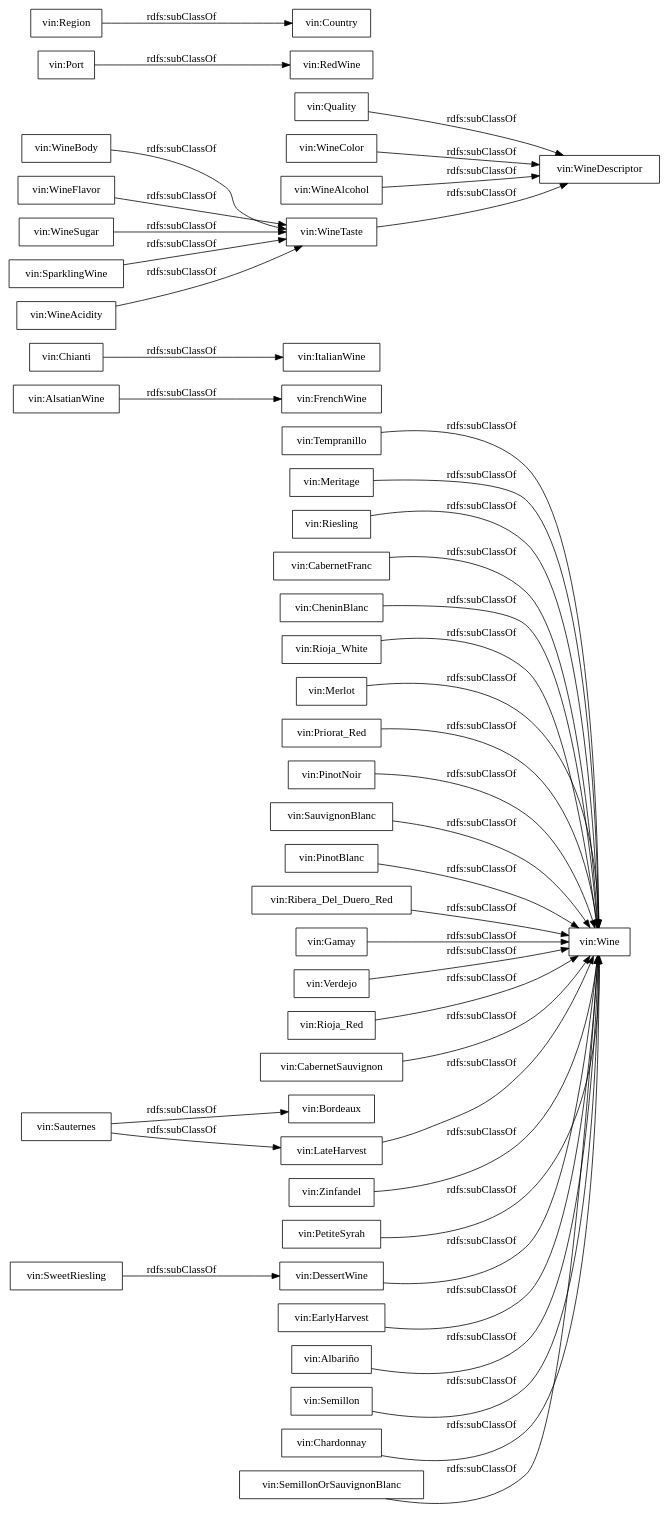
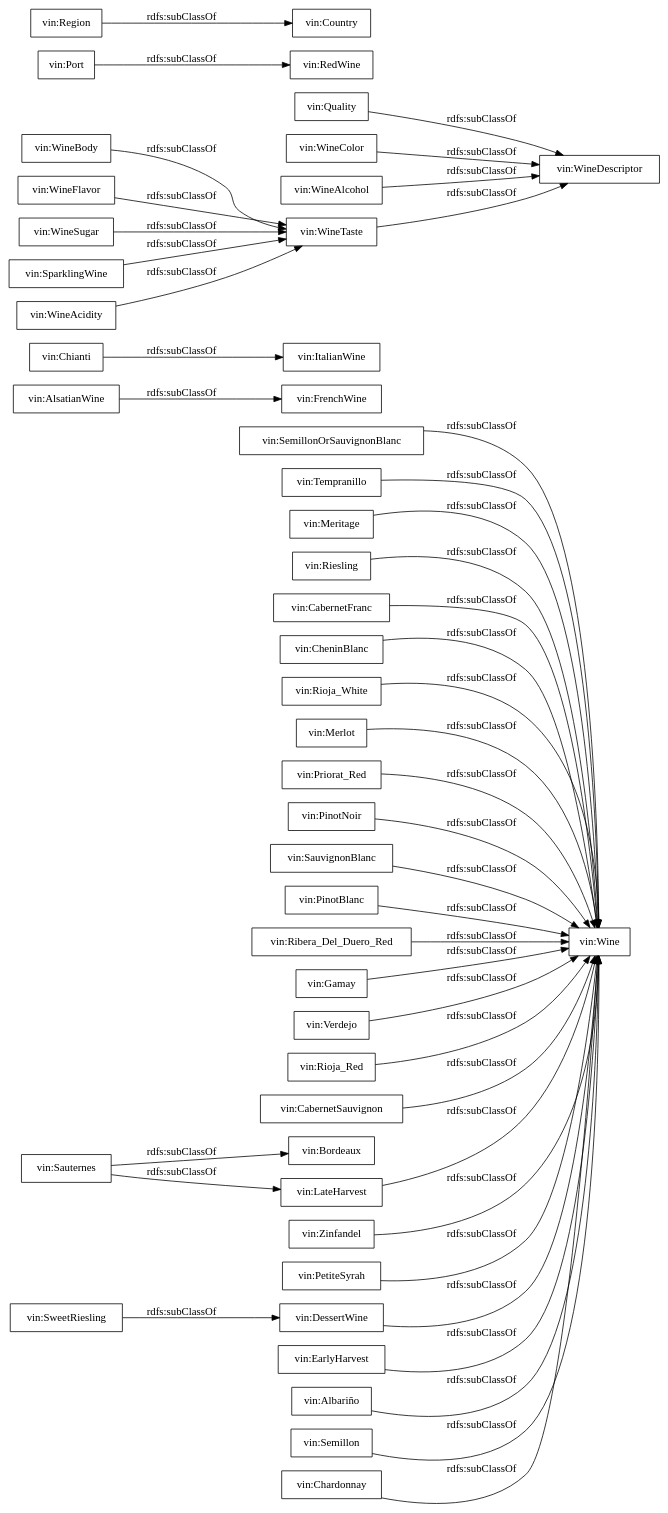
One commit to xavierrecuenco/wineforuoc changed the diagram in OnToology/wine4UOC.rdf/diagrams/ar2dtool-taxonomy/wine4UOC.rdf.png.dot. Above: the diagram before and after it, drawn with Graphviz. The commit also changed 9 other files, not shown here.

```diff
--- a/OnToology/wine4UOC.rdf/diagrams/ar2dtool-taxonomy/wine4UOC.rdf.png.dot
+++ b/OnToology/wine4UOC.rdf/diagrams/ar2dtool-taxonomy/wine4UOC.rdf.png.dot
@@ -1,47 +1,47 @@
 digraph ar2dtool_diagram { 
 rankdir=LR;
 size="1000"
-node [shape = rectangle, color="black"]; "vin:Tempranillo" "vin:AlsatianWine" "vin:Chianti" "vin:WineTaste" "vin:Port" "vin:Meritage" "vin:RedWine" "vin:Riesling" "vin:WineBody" "vin:CabernetFranc" "vin:CheninBlanc" "vin:Rioja_White" "vin:Merlot" "vin:Quality" "vin:Priorat_Red" "vin:PinotNoir" "vin:WineColor" "vin:Sauternes" "vin:Bordeaux" "vin:SauvignonBlanc" "vin:PinotBlanc" "vin:Ribera_Del_Duero_Red" "vin:Wine" "vin:Gamay" "vin:Verdejo" "vin:WineAlcohol" "vin:WineFlavor" "vin:Rioja_Red" "vin:WineSugar" "vin:ItalianWine" "vin:CabernetSauvignon" "vin:LateHarvest" "vin:Zinfandel" "vin:PetiteSyrah" "vin:Country" "vin:DessertWine" "vin:EarlyHarvest" "vin:Albariño" "vin:WineDescriptor" "vin:SparklingWine" "vin:Semillon" "vin:FrenchWine" "vin:SweetRiesling" "vin:Region" "vin:Chardonnay" "vin:WineAcidity" "vin:SemillonOrSauvignonBlanc" ; /*classes style*/
+node [shape = rectangle, color="black"]; "vin:SemillonOrSauvignonBlanc" "vin:Tempranillo" "vin:AlsatianWine" "vin:Chianti" "vin:WineTaste" "vin:Port" "vin:Meritage" "vin:RedWine" "vin:Riesling" "vin:WineBody" "vin:CabernetFranc" "vin:CheninBlanc" "vin:Rioja_White" "vin:Merlot" "vin:Quality" "vin:Priorat_Red" "vin:PinotNoir" "vin:WineColor" "vin:Sauternes" "vin:Bordeaux" "vin:SauvignonBlanc" "vin:PinotBlanc" "vin:Ribera_Del_Duero_Red" "vin:Wine" "vin:Gamay" "vin:Verdejo" "vin:WineAlcohol" "vin:WineFlavor" "vin:Rioja_Red" "vin:WineSugar" "vin:ItalianWine" "vin:CabernetSauvignon" "vin:LateHarvest" "vin:Zinfandel" "vin:PetiteSyrah" "vin:Country" "vin:DessertWine" "vin:EarlyHarvest" "vin:Albariño" "vin:WineDescriptor" "vin:SparklingWine" "vin:Semillon" "vin:FrenchWine" "vin:SweetRiesling" "vin:Region" "vin:Chardonnay" "vin:WineAcidity" ; /*classes style*/
 	"vin:PinotBlanc" -> "vin:Wine" [ label = "rdfs:subClassOf" ];
 	"vin:LateHarvest" -> "vin:Wine" [ label = "rdfs:subClassOf" ];
 	"vin:SauvignonBlanc" -> "vin:Wine" [ label = "rdfs:subClassOf" ];
 	"vin:AlsatianWine" -> "vin:FrenchWine" [ label = "rdfs:subClassOf" ];
 	"vin:SemillonOrSauvignonBlanc" -> "vin:Wine" [ label = "rdfs:subClassOf" ];
 	"vin:Rioja_White" -> "vin:Wine" [ label = "rdfs:subClassOf" ];
 	"vin:CabernetFranc" -> "vin:Wine" [ label = "rdfs:subClassOf" ];
 	"vin:SweetRiesling" -> "vin:DessertWine" [ label = "rdfs:subClassOf" ];
 	"vin:CabernetSauvignon" -> "vin:Wine" [ label = "rdfs:subClassOf" ];
 	"vin:Meritage" -> "vin:Wine" [ label = "rdfs:subClassOf" ];
 	"vin:Albariño" -> "vin:Wine" [ label = "rdfs:subClassOf" ];
 	"vin:Region" -> "vin:Country" [ label = "rdfs:subClassOf" ];
 	"vin:Port" -> "vin:RedWine" [ label = "rdfs:subClassOf" ];
 	"vin:WineAlcohol" -> "vin:WineDescriptor" [ label = "rdfs:subClassOf" ];
 	"vin:WineAcidity" -> "vin:WineTaste" [ label = "rdfs:subClassOf" ];
 	"vin:Chianti" -> "vin:ItalianWine" [ label = "rdfs:subClassOf" ];
 	"vin:Verdejo" -> "vin:Wine" [ label = "rdfs:subClassOf" ];
 	"vin:Semillon" -> "vin:Wine" [ label = "rdfs:subClassOf" ];
 	"vin:Chardonnay" -> "vin:Wine" [ label = "rdfs:subClassOf" ];
 	"vin:WineSugar" -> "vin:WineTaste" [ label = "rdfs:subClassOf" ];
 	"vin:DessertWine" -> "vin:Wine" [ label = "rdfs:subClassOf" ];
 	"vin:PetiteSyrah" -> "vin:Wine" [ label = "rdfs:subClassOf" ];
 	"vin:Zinfandel" -> "vin:Wine" [ label = "rdfs:subClassOf" ];
 	"vin:Quality" -> "vin:WineDescriptor" [ label = "rdfs:subClassOf" ];
 	"vin:Merlot" -> "vin:Wine" [ label = "rdfs:subClassOf" ];
 	"vin:Rioja_Red" -> "vin:Wine" [ label = "rdfs:subClassOf" ];
 	"vin:WineColor" -> "vin:WineDescriptor" [ label = "rdfs:subClassOf" ];
 	"vin:Priorat_Red" -> "vin:Wine" [ label = "rdfs:subClassOf" ];
 	"vin:Ribera_Del_Duero_Red" -> "vin:Wine" [ label = "rdfs:subClassOf" ];
 	"vin:EarlyHarvest" -> "vin:Wine" [ label = "rdfs:subClassOf" ];
 	"vin:WineFlavor" -> "vin:WineTaste" [ label = "rdfs:subClassOf" ];
 	"vin:PinotNoir" -> "vin:Wine" [ label = "rdfs:subClassOf" ];
 	"vin:Riesling" -> "vin:Wine" [ label = "rdfs:subClassOf" ];
 	"vin:WineTaste" -> "vin:WineDescriptor" [ label = "rdfs:subClassOf" ];
 	"vin:SparklingWine" -> "vin:WineTaste" [ label = "rdfs:subClassOf" ];
 	"vin:Gamay" -> "vin:Wine" [ label = "rdfs:subClassOf" ];
 	"vin:Tempranillo" -> "vin:Wine" [ label = "rdfs:subClassOf" ];
 	"vin:Sauternes" -> "vin:LateHarvest" [ label = "rdfs:subClassOf" ];
 	"vin:Sauternes" -> "vin:Bordeaux" [ label = "rdfs:subClassOf" ];
 	"vin:CheninBlanc" -> "vin:Wine" [ label = "rdfs:subClassOf" ];
 	"vin:WineBody" -> "vin:WineTaste" [ label = "rdfs:subClassOf" ];
 
 }
```
